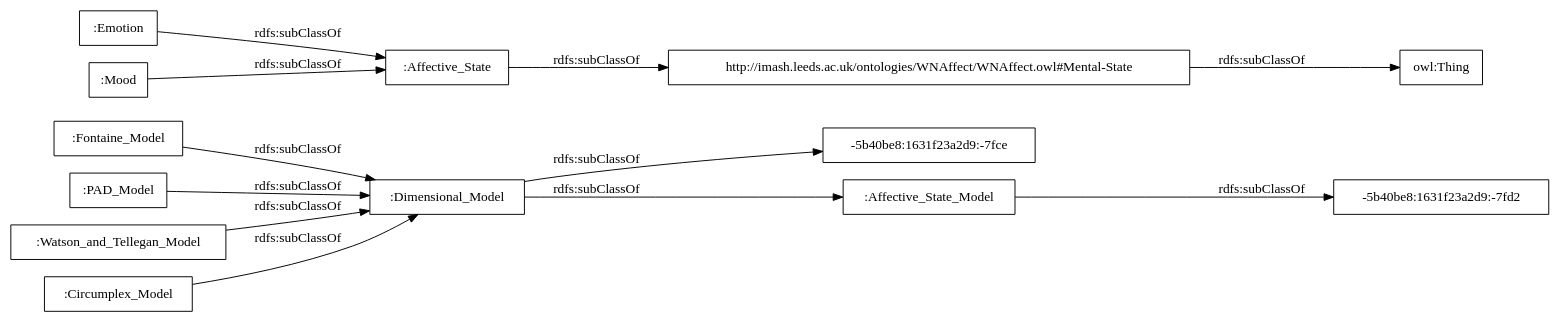
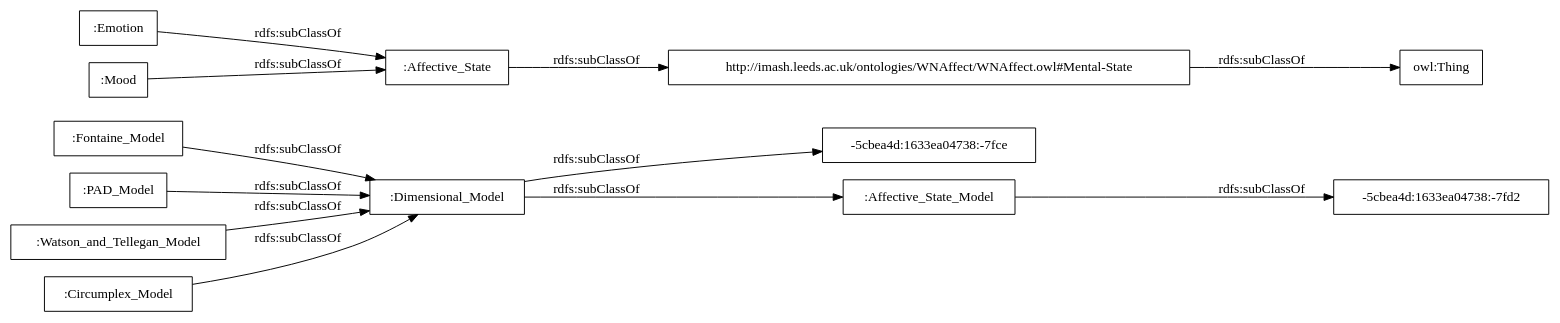
The diagram in OnToology/Affective_States_Dimensional_Model_Module.owl/diagrams/ar2dtool-taxonomy/Affective_States_Dimensional_Model_Module.owl.png.dot (rana-othman/HASIO-Modularization), drawn with Graphviz before and after one commit. The commit also changed 31 other files, not shown here.

```diff
--- a/OnToology/Affective_States_Dimensional_Model_Module.owl/diagrams/ar2dtool-taxonomy/Affective_States_Dimensional_Model_Module.owl.png.dot
+++ b/OnToology/Affective_States_Dimensional_Model_Module.owl/diagrams/ar2dtool-taxonomy/Affective_States_Dimensional_Model_Module.owl.png.dot
@@ -1,17 +1,17 @@
 digraph ar2dtool_diagram { 
 rankdir=LR;
 size="1000"
-node [shape = rectangle, color="black"]; ":Dimensional_Model" ":Fontaine_Model" "-5b40be8:1631f23a2d9:-7fce" ":PAD_Model" ":Emotion" ":Mood" ":Affective_State" "-5b40be8:1631f23a2d9:-7fd2" ":Watson_and_Tellegan_Model" "http://imash.leeds.ac.uk/ontologies/WNAffect/WNAffect.owl#Mental-State" ":Affective_State_Model" ":Circumplex_Model" ; /*classes style*/
-	":Dimensional_Model" -> "-5b40be8:1631f23a2d9:-7fce" [ label = "rdfs:subClassOf" ];
+node [shape = rectangle, color="black"]; ":Dimensional_Model" ":Fontaine_Model" ":PAD_Model" "-5cbea4d:1633ea04738:-7fce" "-5cbea4d:1633ea04738:-7fd2" ":Emotion" ":Mood" ":Affective_State" ":Watson_and_Tellegan_Model" "http://imash.leeds.ac.uk/ontologies/WNAffect/WNAffect.owl#Mental-State" ":Affective_State_Model" ":Circumplex_Model" ; /*classes style*/
+	":Dimensional_Model" -> "-5cbea4d:1633ea04738:-7fce" [ label = "rdfs:subClassOf" ];
 	":Dimensional_Model" -> ":Affective_State_Model" [ label = "rdfs:subClassOf" ];
 	":Affective_State" -> "http://imash.leeds.ac.uk/ontologies/WNAffect/WNAffect.owl#Mental-State" [ label = "rdfs:subClassOf" ];
 	":Circumplex_Model" -> ":Dimensional_Model" [ label = "rdfs:subClassOf" ];
-	":Affective_State_Model" -> "-5b40be8:1631f23a2d9:-7fd2" [ label = "rdfs:subClassOf" ];
+	":Affective_State_Model" -> "-5cbea4d:1633ea04738:-7fd2" [ label = "rdfs:subClassOf" ];
 	"http://imash.leeds.ac.uk/ontologies/WNAffect/WNAffect.owl#Mental-State" -> "owl:Thing" [ label = "rdfs:subClassOf" ];
 	":Fontaine_Model" -> ":Dimensional_Model" [ label = "rdfs:subClassOf" ];
 	":PAD_Model" -> ":Dimensional_Model" [ label = "rdfs:subClassOf" ];
 	":Mood" -> ":Affective_State" [ label = "rdfs:subClassOf" ];
 	":Emotion" -> ":Affective_State" [ label = "rdfs:subClassOf" ];
 	":Watson_and_Tellegan_Model" -> ":Dimensional_Model" [ label = "rdfs:subClassOf" ];
 
 }
```
